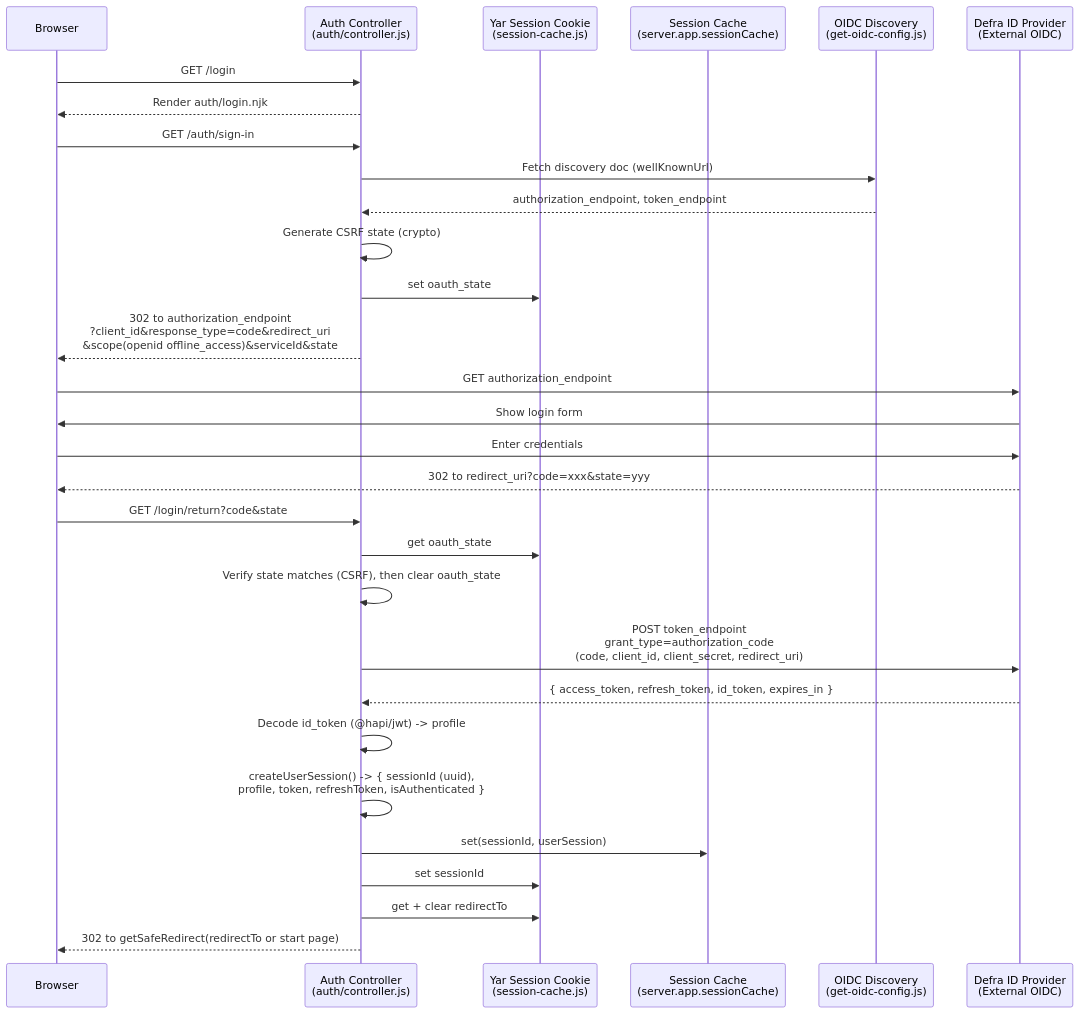
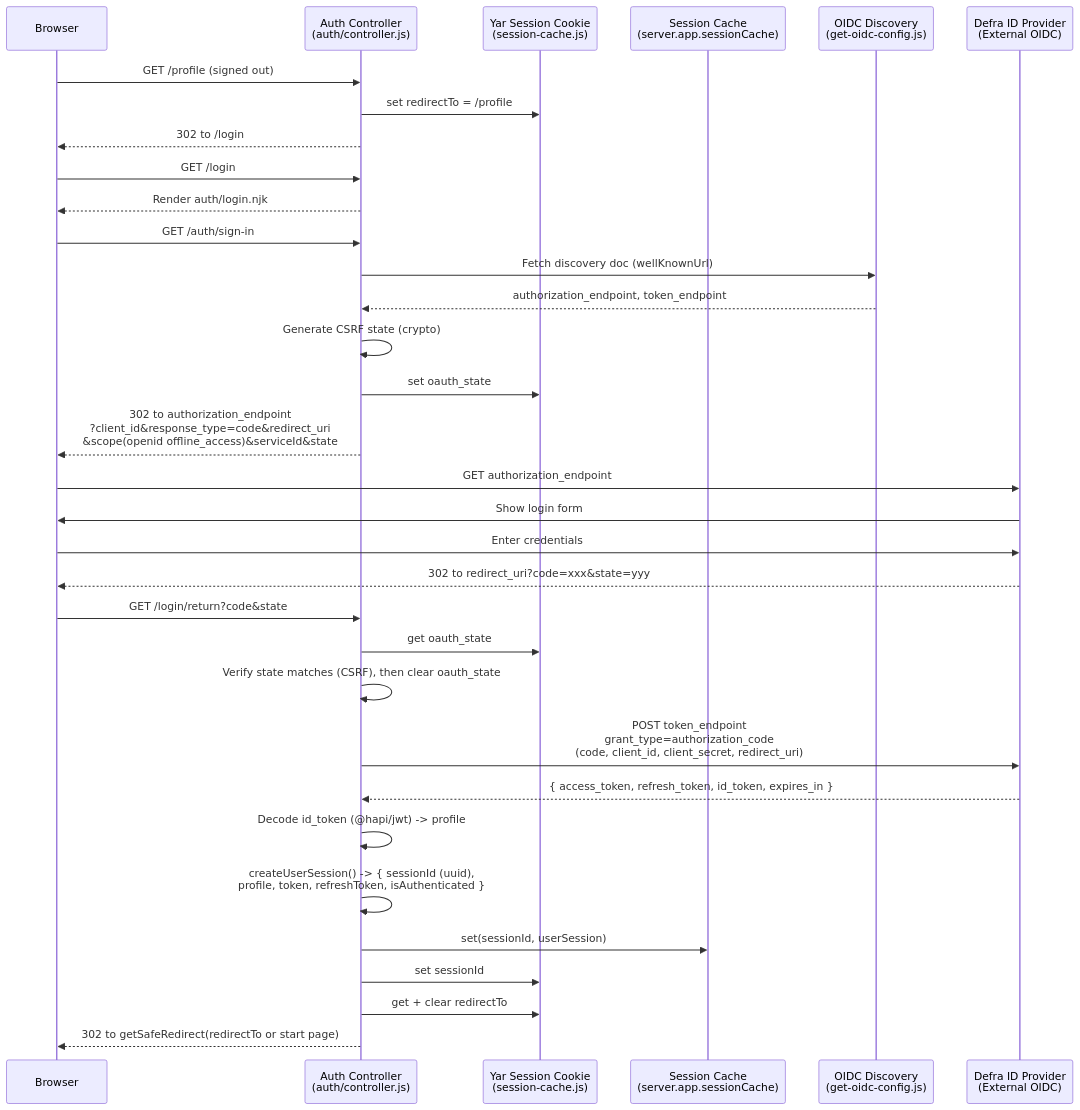
Before and after one commit to DEFRA/nrf-solution: the diagram in docs/features/authentication/defra-id/sign-in-flow.mermaid, drawn with Mermaid. The commit also changed 2 other files, not shown here.

Commit message:
Update docs for post-sign-in redirect

```diff
--- a/docs/features/authentication/defra-id/sign-in-flow.mermaid
+++ b/docs/features/authentication/defra-id/sign-in-flow.mermaid
@@ -1,38 +1,43 @@
 sequenceDiagram
     participant Browser
     participant Ctrl as Auth Controller<br/>(auth/controller.js)
     participant Yar as Yar Session Cookie<br/>(session-cache.js)
     participant Cache as Session Cache<br/>(server.app.sessionCache)
     participant OIDC as OIDC Discovery<br/>(get-oidc-config.js)
     participant DefraID as Defra ID Provider<br/>(External OIDC)
+
+    %% Signed-out GET for a protected route (redirect-to-sign-in.js onPreHandler)
+    Browser->>Ctrl: GET /profile (signed out)
+    Ctrl->>Yar: set redirectTo = /profile
+    Ctrl-->>Browser: 302 to /login
 
     %% Login page
     Browser->>Ctrl: GET /login
     Ctrl-->>Browser: Render auth/login.njk
 
     %% Start OAuth (manual, bypasses Bell redirect)
     Browser->>Ctrl: GET /auth/sign-in
     Ctrl->>OIDC: Fetch discovery doc (wellKnownUrl)
     OIDC-->>Ctrl: authorization_endpoint, token_endpoint
     Ctrl->>Ctrl: Generate CSRF state (crypto)
     Ctrl->>Yar: set oauth_state
     Ctrl-->>Browser: 302 to authorization_endpoint<br/>?client_id&response_type=code&redirect_uri<br/>&scope(openid offline_access)&serviceId&state
     Browser->>DefraID: GET authorization_endpoint
 
     %% External authentication
     DefraID->>Browser: Show login form
     Browser->>DefraID: Enter credentials
     DefraID-->>Browser: 302 to redirect_uri?code=xxx&state=yyy
 
     %% Callback
     Browser->>Ctrl: GET /login/return?code&state
     Ctrl->>Yar: get oauth_state
     Ctrl->>Ctrl: Verify state matches (CSRF), then clear oauth_state
     Ctrl->>DefraID: POST token_endpoint<br/>grant_type=authorization_code<br/>(code, client_id, client_secret, redirect_uri)
     DefraID-->>Ctrl: { access_token, refresh_token, id_token, expires_in }
     Ctrl->>Ctrl: Decode id_token (@hapi/jwt) -> profile
     Ctrl->>Ctrl: createUserSession() -> { sessionId (uuid),<br/>profile, token, refreshToken, isAuthenticated }
     Ctrl->>Cache: set(sessionId, userSession)
     Ctrl->>Yar: set sessionId
     Ctrl->>Yar: get + clear redirectTo
     Ctrl-->>Browser: 302 to getSafeRedirect(redirectTo or start page)
```
